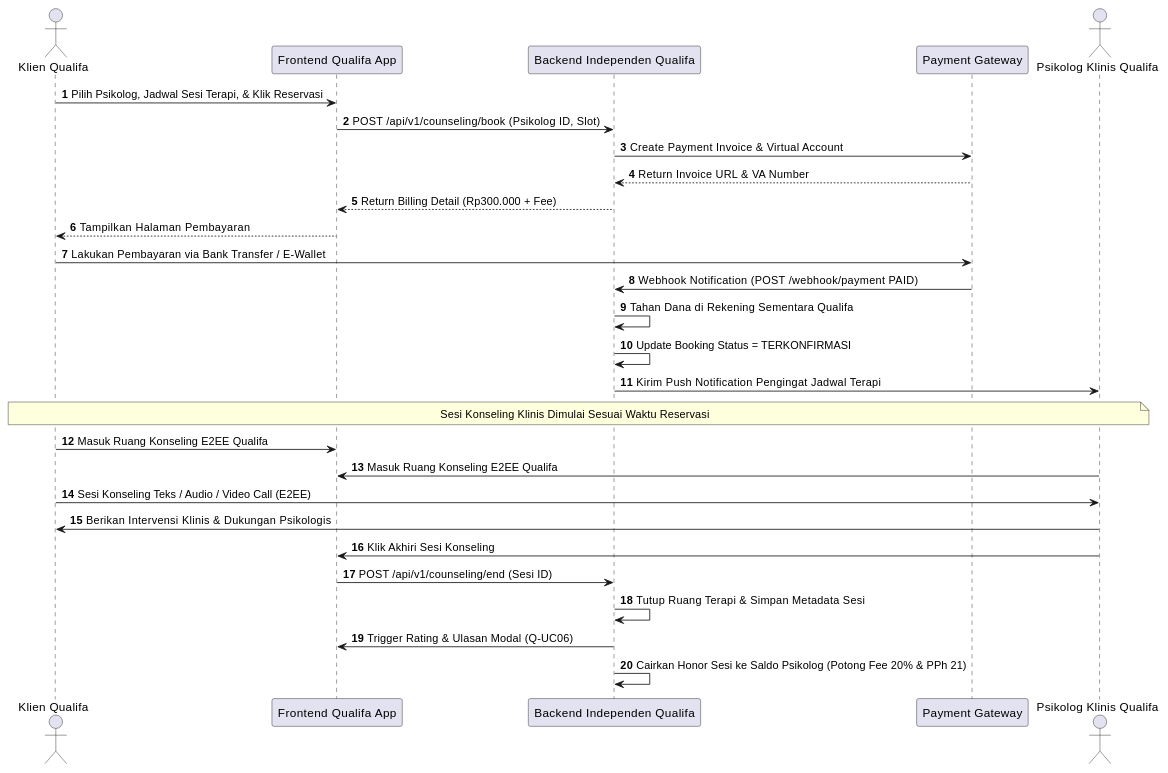
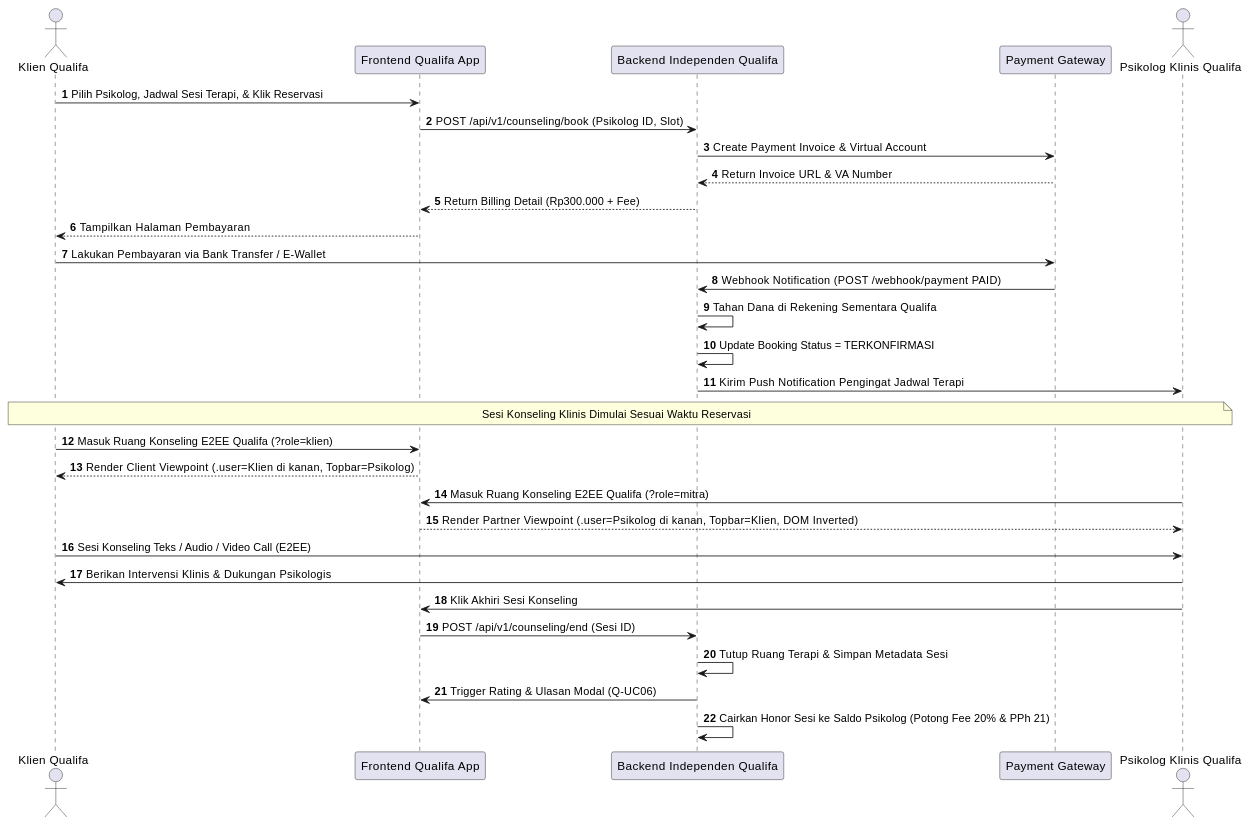
Diagram 13 of 20 in MarkDown/plantuml_sequence_diagrams.md (tupperwureism/SuperApp-Gagal), drawn with PlantUML before and after one commit. The commit also changed other lines of this file and 57 other files, not shown here.

Commit message:
chore: save clean state before cascading PlantUML activity diagram fixes

````diff
--- a/MarkDown/plantuml_sequence_diagrams.md
+++ b/MarkDown/plantuml_sequence_diagrams.md
@@ -470,35 +472,37 @@
 ```plantuml
 @startuml
 autonumber
 actor "Klien Qualifa" as Klien
 participant "Frontend Qualifa App" as FE
 participant "Backend Independen Qualifa" as BE
 participant "Payment Gateway" as PG
 actor "Psikolog Klinis Qualifa" as Mitra
 
 Klien -> FE : Pilih Psikolog, Jadwal Sesi Terapi, & Klik Reservasi
 FE -> BE : POST /api/v1/counseling/book (Psikolog ID, Slot)
 BE -> PG : Create Payment Invoice & Virtual Account
 PG --> BE : Return Invoice URL & VA Number
 BE --> FE : Return Billing Detail (Rp300.000 + Fee)
 FE --> Klien : Tampilkan Halaman Pembayaran
 
 Klien -> PG : Lakukan Pembayaran via Bank Transfer / E-Wallet
 PG -> BE : Webhook Notification (POST /webhook/payment PAID)
 BE -> BE : Tahan Dana di Rekening Sementara Qualifa
 BE -> BE : Update Booking Status = TERKONFIRMASI
 BE -> Mitra : Kirim Push Notification Pengingat Jadwal Terapi
 
 note over Klien, Mitra : Sesi Konseling Klinis Dimulai Sesuai Waktu Reservasi
-Klien -> FE : Masuk Ruang Konseling E2EE Qualifa
-Mitra -> FE : Masuk Ruang Konseling E2EE Qualifa
+Klien -> FE : Masuk Ruang Konseling E2EE Qualifa (?role=klien)
+FE --> Klien : Render Client Viewpoint (.user=Klien di kanan, Topbar=Psikolog)
+Mitra -> FE : Masuk Ruang Konseling E2EE Qualifa (?role=mitra)
+FE --> Mitra : Render Partner Viewpoint (.user=Psikolog di kanan, Topbar=Klien, DOM Inverted)
 Klien -> Mitra : Sesi Konseling Teks / Audio / Video Call (E2EE)
 Mitra -> Klien : Berikan Intervensi Klinis & Dukungan Psikologis
 
 Mitra -> FE : Klik Akhiri Sesi Konseling
 FE -> BE : POST /api/v1/counseling/end (Sesi ID)
 BE -> BE : Tutup Ruang Terapi & Simpan Metadata Sesi
 BE -> FE : Trigger Rating & Ulasan Modal (Q-UC06)
 BE -> BE : Cairkan Honor Sesi ke Saldo Psikolog (Potong Fee 20% & PPh 21)
 @enduml
 ```
````
